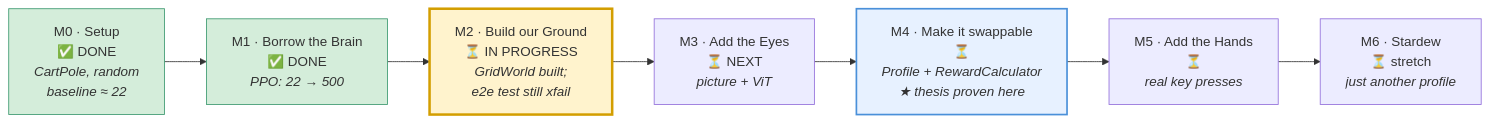
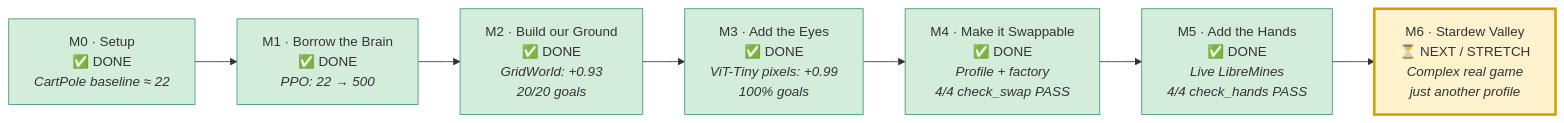
The sixth of 6 diagrams in docs/UML_FULL.md (Showerss/GameTrainer), drawn with Mermaid before and after one commit. The commit also changed other lines of this file and 6 other files, not shown here.

````diff
--- a/docs/UML_FULL.md
+++ b/docs/UML_FULL.md
@@ -400,17 +406,20 @@
 ```mermaid
 flowchart LR
-    M0["M0 · Setup<br/>✅ DONE<br/><i>CartPole, random<br/>baseline ≈ 22</i>"]
+    M0["M0 · Setup<br/>✅ DONE<br/><i>CartPole baseline ≈ 22</i>"]
     M1["M1 · Borrow the Brain<br/>✅ DONE<br/><i>PPO: 22 → 500</i>"]
-    M2["M2 · Build our Ground<br/>⏳ IN PROGRESS<br/><i>GridWorld built;<br/>e2e test still xfail</i>"]
-    M3["M3 · Add the Eyes<br/>⏳ NEXT<br/><i>picture + ViT</i>"]
-    M4["M4 · Make it swappable<br/>⏳<br/><i>Profile + RewardCalculator<br/>★ thesis proven here</i>"]
-    M5["M5 · Add the Hands<br/>⏳<br/><i>real key presses</i>"]
-    M6["M6 · Stardew<br/>⏳ stretch<br/><i>just another profile</i>"]
+    M2["M2 · Build our Ground<br/>✅ DONE<br/><i>GridWorld: +0.93<br/>20/20 goals</i>"]
+    M3["M3 · Add the Eyes<br/>✅ DONE<br/><i>ViT-Tiny pixels: +0.99<br/>100% goals</i>"]
+    M4["M4 · Make it Swappable<br/>✅ DONE<br/><i>Profile + factory<br/>4/4 check_swap PASS</i>"]
+    M5["M5 · Add the Hands<br/>✅ DONE<br/><i>Live LibreMines<br/>4/4 check_hands PASS</i>"]
+    M6["M6 · Stardew Valley<br/>⏳ NEXT / STRETCH<br/><i>Complex real game<br/>just another profile</i>"]
 
     M0 --> M1 --> M2 --> M3 --> M4 --> M5 --> M6
 
     style M0 fill:#d4edda,stroke:#3d9970
     style M1 fill:#d4edda,stroke:#3d9970
-    style M2 fill:#fff3cd,stroke:#d39e00,stroke-width:3px
-    style M4 fill:#e7f1ff,stroke:#4a90d9,stroke-width:2px
+    style M2 fill:#d4edda,stroke:#3d9970
+    style M3 fill:#d4edda,stroke:#3d9970
+    style M4 fill:#d4edda,stroke:#3d9970
+    style M5 fill:#d4edda,stroke:#3d9970
+    style M6 fill:#fff3cd,stroke:#d39e00,stroke-width:3px
 ```
````
